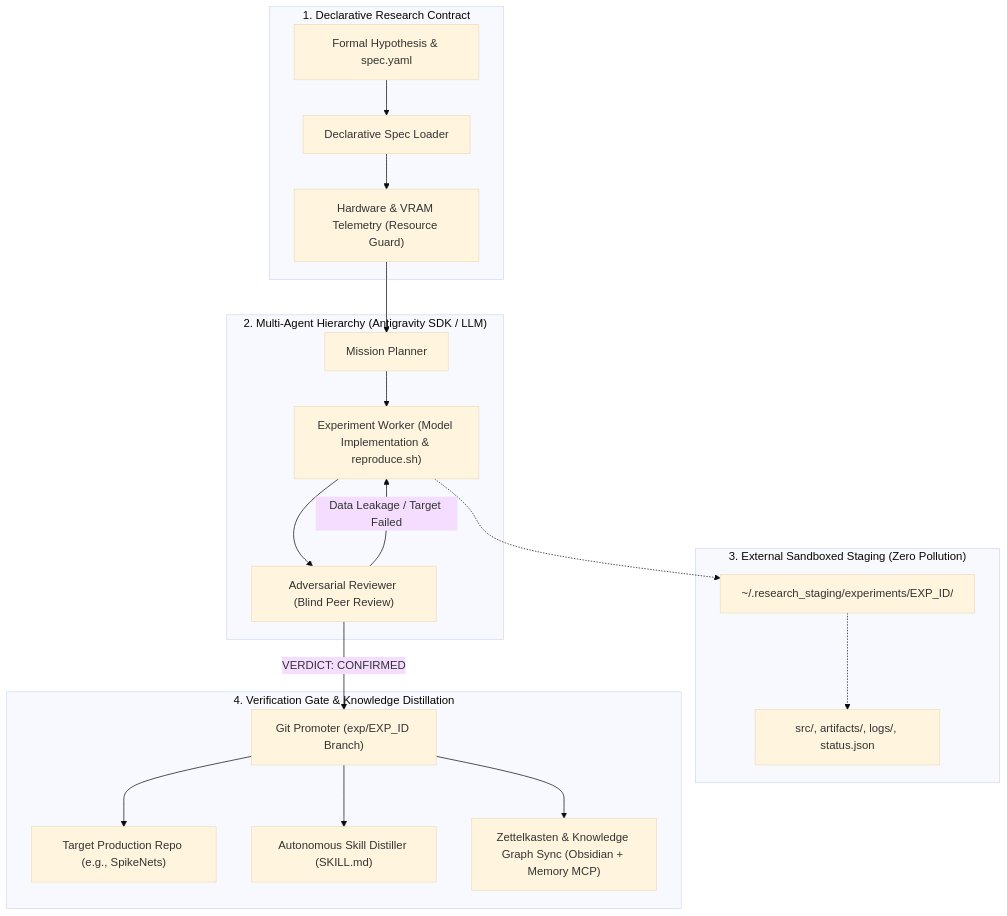
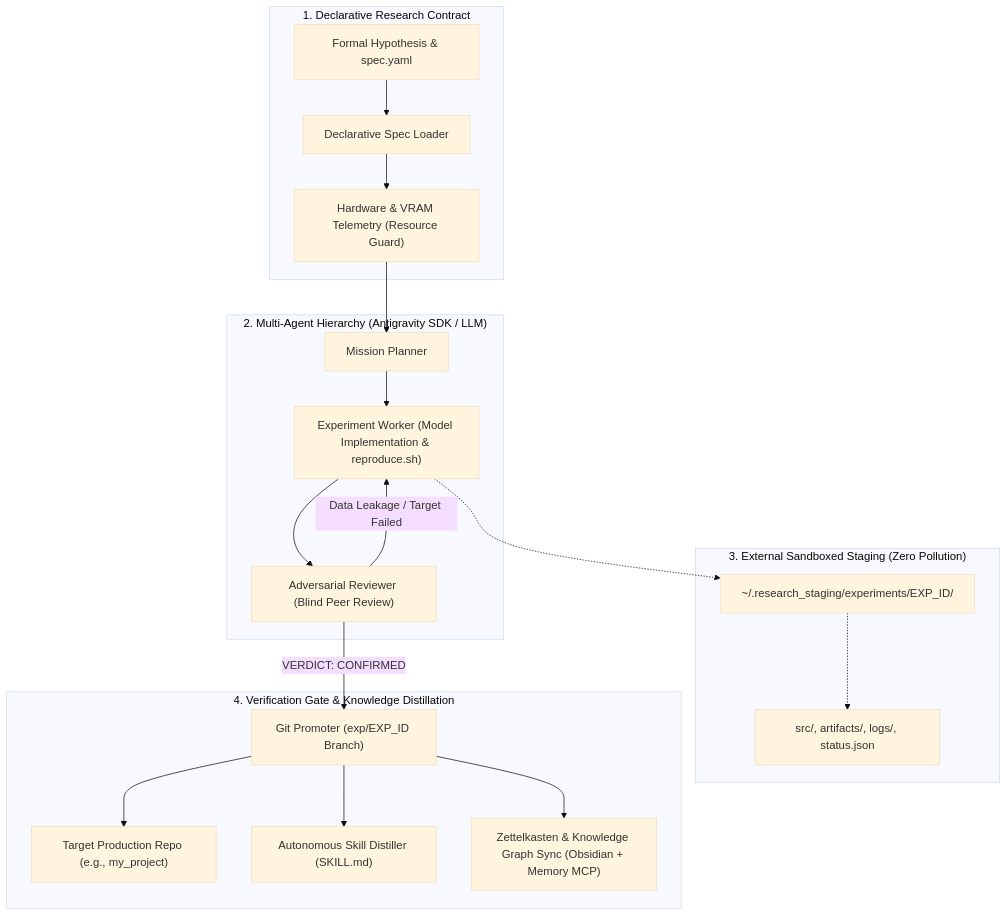
The diagram in README.md (ijstt/hyra-research), drawn with Mermaid (base theme) before and after one commit. The commit also changed other lines of this file and 14 other files, not shown here.

````diff
--- a/README.md
+++ b/README.md
@@ -30,26 +30,26 @@
 ```mermaid
 flowchart TD
     subgraph CONTRACT["1. Declarative Research Contract"]
         A["Formal Hypothesis & spec.yaml"] --> B["Declarative Spec Loader"]
         B --> C["Hardware & VRAM Telemetry (Resource Guard)"]
     end
 
     subgraph AGENTS["2. Multi-Agent Hierarchy (Antigravity SDK / LLM)"]
         C --> D["Mission Planner"]
         D --> E["Experiment Worker (Model Implementation & reproduce.sh)"]
         E --> F["Adversarial Reviewer (Blind Peer Review)"]
         F -- "Data Leakage / Target Failed" --> E
     end
 
     subgraph SANDBOX["3. External Sandboxed Staging (Zero Pollution)"]
         E -.-> G["~/.research_staging/experiments/EXP_ID/"]
         G -.-> H["src/, artifacts/, logs/, status.json"]
     end
 
     subgraph PROMOTION["4. Verification Gate & Knowledge Distillation"]
         F -- "VERDICT: CONFIRMED" --> I["Git Promoter (exp/EXP_ID Branch)"]
-        I --> J["Target Production Repo (e.g., SpikeNets)"]
+        I --> J["Target Production Repo (e.g., my_project)"]
         I --> K["Autonomous Skill Distiller (SKILL.md)"]
         I --> L["Zettelkasten & Knowledge Graph Sync (Obsidian + Memory MCP)"]
     end
 ```
````
